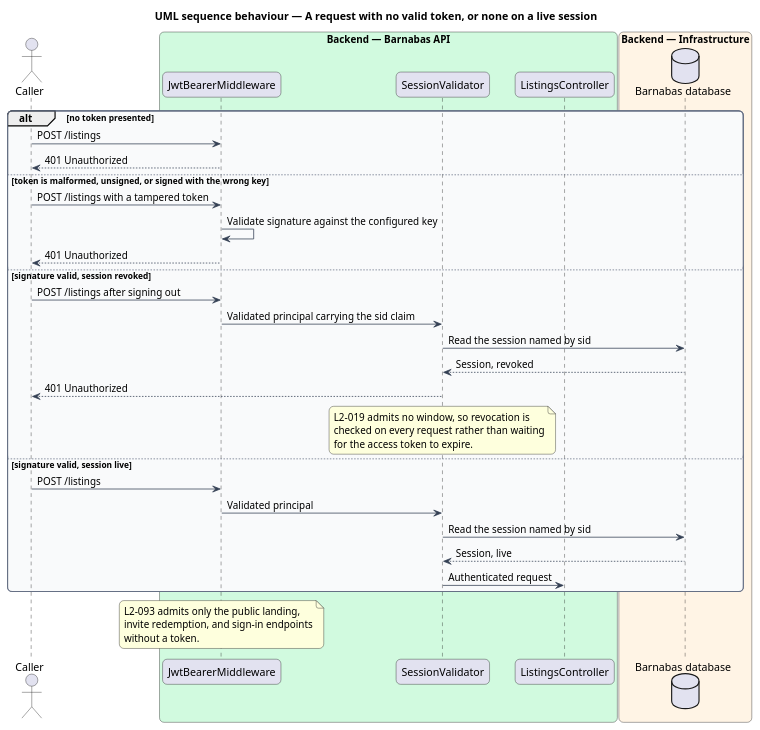
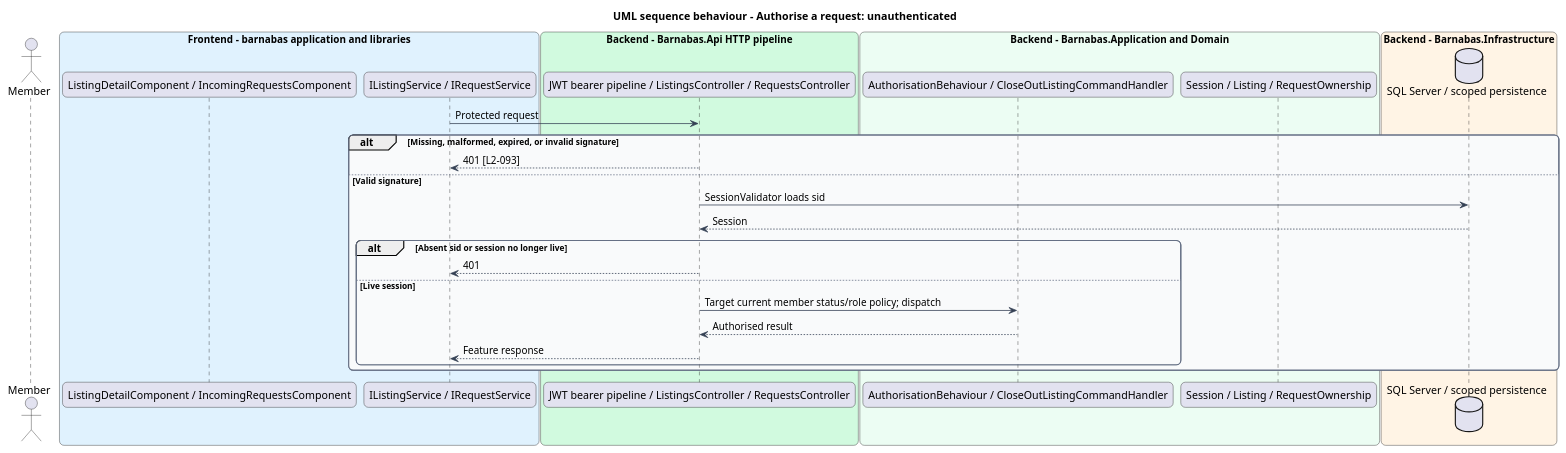
One commit to QuinntyneBrown/Barnabas changed the diagram in docs/detailed-designs/platform/authorise-a-request/diagrams/sequence-unauthenticated.puml. Above: the diagram before and after it, drawn with PlantUML. The commit also changed 511 other files, not shown here.

```diff
--- a/docs/detailed-designs/platform/authorise-a-request/diagrams/sequence-unauthenticated.puml
+++ b/docs/detailed-designs/platform/authorise-a-request/diagrams/sequence-unauthenticated.puml
@@ -1,49 +1,46 @@
 @startuml
-title UML sequence behaviour — A request with no valid token, or none on a live session
+title UML sequence behaviour - Authorise a request: unauthenticated
 skinparam backgroundColor #FFFFFF
 skinparam shadowing false
 skinparam roundcorner 12
 skinparam defaultFontName Arial
 skinparam ArrowColor #344054
 skinparam rectangle {
   BorderColor #344054
   FontColor #101828
 }
 skinparam package {
   BorderColor #667085
   FontColor #101828
   BackgroundColor #F9FAFB
 }
-actor "Caller" as actor
-box "Backend — Barnabas API" #D1FADF
-  participant "JwtBearerMiddleware" as jwt
-  participant "SessionValidator" as sv
-  participant "ListingsController" as controller
+actor "Member" as actor
+box "Frontend - barnabas application and libraries" #E0F2FE
+  participant "ListingDetailComponent / IncomingRequestsComponent" as page
+  participant "IListingService / IRequestService" as client
 end box
-box "Backend — Infrastructure" #FFF4E5
-  database "Barnabas database" as db
+box "Backend - Barnabas.Api HTTP pipeline" #D1FADF
+  participant "JWT bearer pipeline / ListingsController / RequestsController" as api
 end box
-
-alt no token presented
-  actor -> jwt : POST /listings
-  jwt --> actor : 401 Unauthorized
-else token is malformed, unsigned, or signed with the wrong key
-  actor -> jwt : POST /listings with a tampered token
-  jwt -> jwt : Validate signature against the configured key
-  jwt --> actor : 401 Unauthorized
-else signature valid, session revoked
-  actor -> jwt : POST /listings after signing out
-  jwt -> sv : Validated principal carrying the sid claim
-  sv -> db : Read the session named by sid
-  db --> sv : Session, revoked
-  sv --> actor : 401 Unauthorized
-  note over sv : L2-019 admits no window, so revocation is\nchecked on every request rather than waiting\nfor the access token to expire.
-else signature valid, session live
-  actor -> jwt : POST /listings
-  jwt -> sv : Validated principal
-  sv -> db : Read the session named by sid
-  db --> sv : Session, live
-  sv -> controller : Authenticated request
+box "Backend - Barnabas.Application and Domain" #ECFDF3
+  participant "AuthorisationBehaviour / CloseOutListingCommandHandler" as handler
+  participant "Session / Listing / RequestOwnership" as entity
+end box
+box "Backend - Barnabas.Infrastructure" #FFF4E5
+  database "SQL Server / scoped persistence" as db
+end box
+client -> api : Protected request
+alt Missing, malformed, expired, or invalid signature
+  api --> client : 401 [L2-093]
+else Valid signature
+  api -> db : SessionValidator loads sid
+  db --> api : Session
+  alt Absent sid or session no longer live
+    api --> client : 401
+  else Live session
+    api -> handler : Target current member status/role policy; dispatch
+    handler --> api : Authorised result
+    api --> client : Feature response
+  end
 end
-note over jwt : L2-093 admits only the public landing,\ninvite redemption, and sign-in endpoints\nwithout a token.
 @enduml
```
